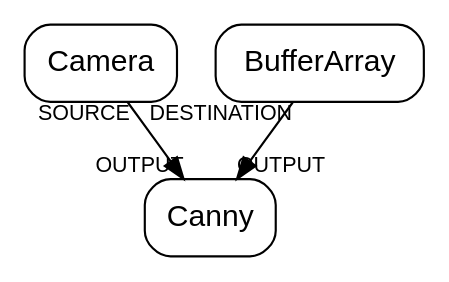
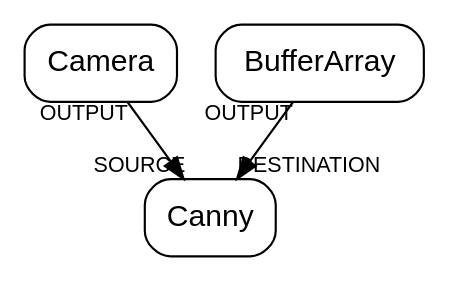
One commit to uboot/stromx changed the diagram in example/camera/camera.dot. Above: the diagram before and after it, drawn with Graphviz. The commit also changed 2 other files, not shown here.

```diff
--- a/example/camera/camera.dot
+++ b/example/camera/camera.dot
@@ -1,8 +1,8 @@
 # dot camera.dot -Tpng  -ocamera.png
 
 digraph stream
 {
     node [shape = box, fontname = Helvetica, style = "rounded"]
-    "Camera" -> "Canny" [headlabel = "OUTPUT", taillabel = "SOURCE", labelfontname = Helvetica, labelfontsize = "10pt"]
-    "BufferArray" -> "Canny" [headlabel = "OUTPUT", taillabel = "DESTINATION", labelfontname = Helvetica, labelfontsize = "10pt"]
+    "Camera" -> "Canny" [headlabel = "SOURCE", taillabel = "OUTPUT", labelfontname = Helvetica, labelfontsize = "10pt"]
+    "BufferArray" -> "Canny" [headlabel = "DESTINATION", taillabel = "OUTPUT", labelfontname = Helvetica, labelfontsize = "10pt"]
 }
```
